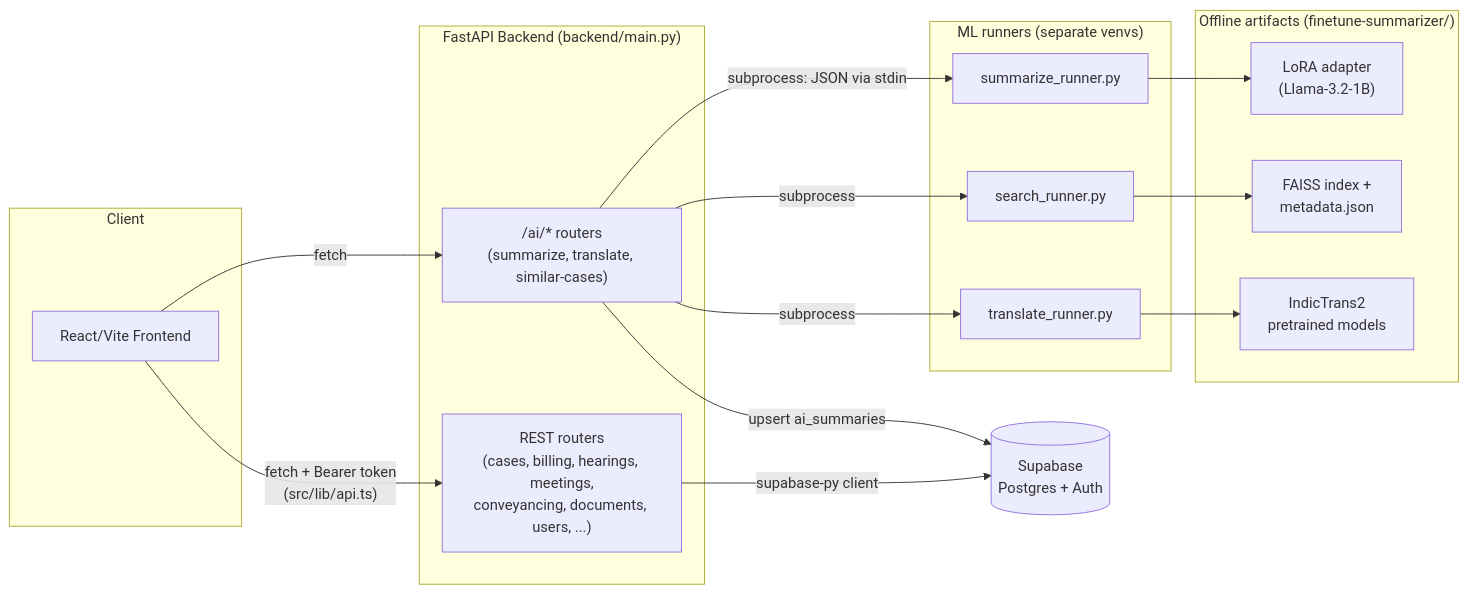
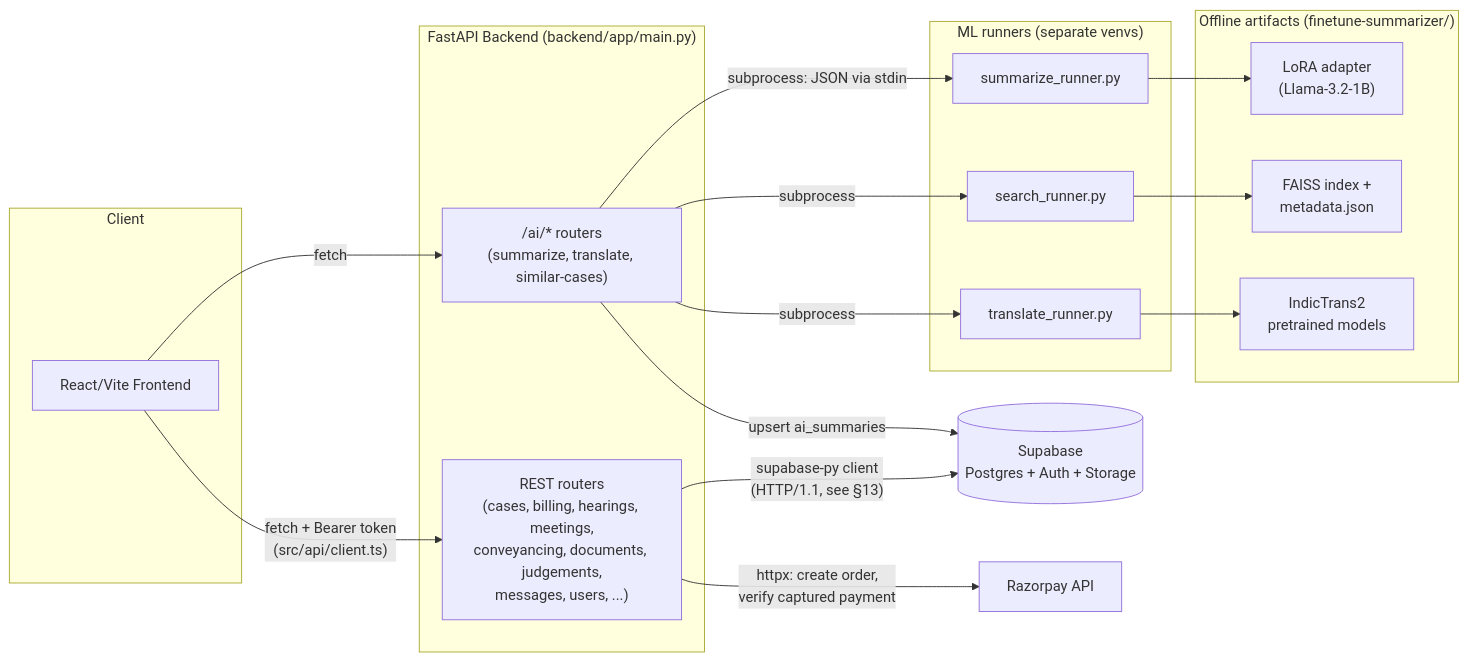
The first of 12 diagrams in docs/LLD.md (eyeofshreyas/BE-Project), drawn with Mermaid before and after one commit. The commit also changed other lines of this file and 3 other files, not shown here.

First line of the commit message:
docs: bring HLD/LLD/architecture docs up to date with messaging, Razorpay, case AI summary

````diff
--- a/docs/LLD.md
+++ b/docs/LLD.md
@@ -11,36 +11,38 @@
 ```mermaid
 graph LR
     subgraph Client
         FE["React/Vite Frontend"]
     end
 
-    subgraph Backend["FastAPI Backend (backend/main.py)"]
-        API["REST routers\n(cases, billing, hearings, meetings,\nconveyancing, documents, users, ...)"]
+    subgraph Backend["FastAPI Backend (backend/app/main.py)"]
+        API["REST routers\n(cases, billing, hearings, meetings,\nconveyancing, documents, judgements,\nmessages, users, ...)"]
         AI["/ai/* routers\n(summarize, translate, similar-cases)"]
     end
 
-    DB[("Supabase\nPostgres + Auth")]
+    DB[("Supabase\nPostgres + Auth + Storage")]
+    RZP["Razorpay API"]
 
     subgraph MLRunners["ML runners (separate venvs)"]
         R1["summarize_runner.py"]
         R2["translate_runner.py"]
         R3["search_runner.py"]
     end
 
     subgraph Artifacts["Offline artifacts (finetune-summarizer/)"]
         A1["LoRA adapter\n(Llama-3.2-1B)"]
         A2["FAISS index +\nmetadata.json"]
         A3["IndicTrans2\npretrained models"]
     end
 
-    FE -->|"fetch + Bearer token\n(src/lib/api.ts)"| API
+    FE -->|"fetch + Bearer token\n(src/api/client.ts)"| API
     FE -->|fetch| AI
-    API -->|"supabase-py client"| DB
+    API -->|"supabase-py client\n(HTTP/1.1, see §13)"| DB
+    API -->|"httpx: create order,\nverify captured payment"| RZP
     AI -->|"subprocess: JSON via stdin"| R1
     AI -->|subprocess| R2
     AI -->|subprocess| R3
     AI -->|"upsert ai_summaries"| DB
     R1 --> A1
     R3 --> A2
     R2 --> A3
 ```
````
